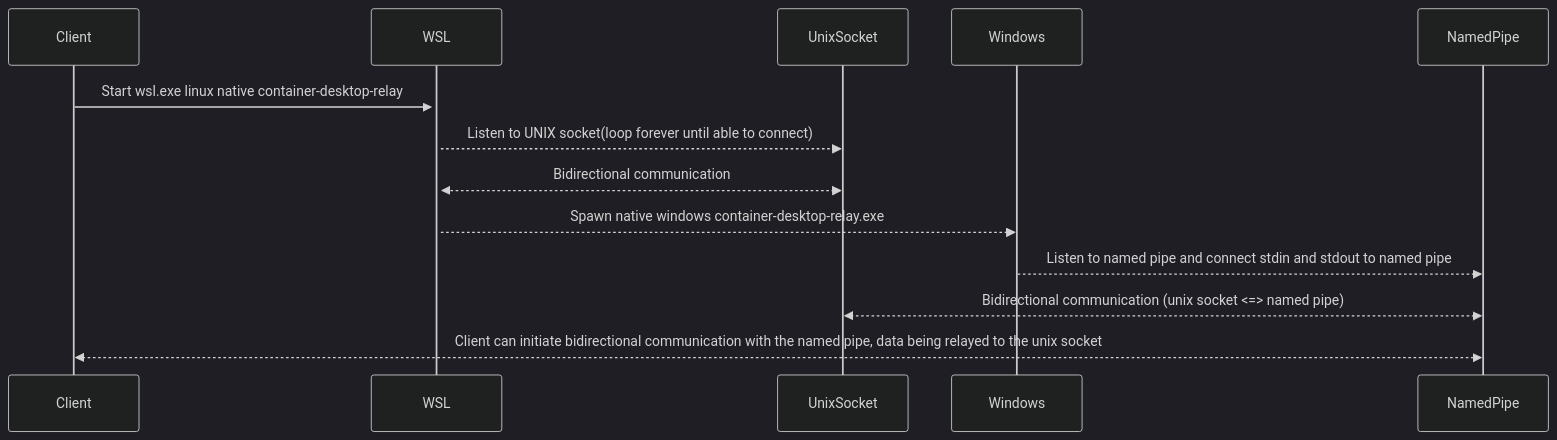
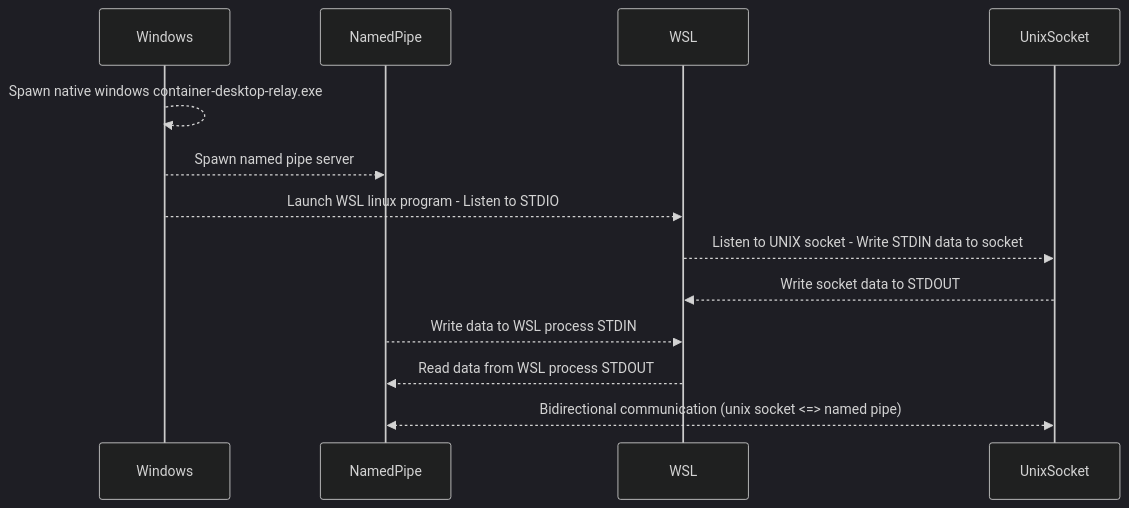
Before and after one commit to iongion/container-desktop-wsl-relay: the diagram in README.md, drawn with Mermaid (dark theme).

````diff
--- a/README.md
+++ b/README.md
@@ -15,10 +15,11 @@
 ```mermaid
 sequenceDiagram
-    Client->>+WSL: Start wsl.exe linux native container-desktop-relay
-    WSL-->>UnixSocket: Listen to UNIX socket(loop forever until able to connect)
-    UnixSocket<<-->>WSL: Bidirectional communication
-    WSL-->>Windows: Spawn native windows container-desktop-relay.exe
-    Windows-->>NamedPipe: Listen to named pipe and connect stdin and stdout to named pipe
+    Windows-->>Windows: Spawn native windows container-desktop-relay.exe
+    Windows-->>NamedPipe: Spawn named pipe server
+    Windows-->>WSL: Launch WSL linux program - Listen to STDIO
+    WSL-->>UnixSocket: Listen to UNIX socket - Write STDIN data to socket
+    UnixSocket-->>WSL: Write socket data to STDOUT 
+    NamedPipe-->>WSL: Write data to WSL process STDIN
+    WSL-->>NamedPipe: Read data from WSL process STDOUT
     NamedPipe<<-->>UnixSocket: Bidirectional communication (unix socket <=> named pipe)
-    Client<<-->>NamedPipe: Client can initiate bidirectional communication with the named pipe, data being relayed to the unix socket
 ```
````
